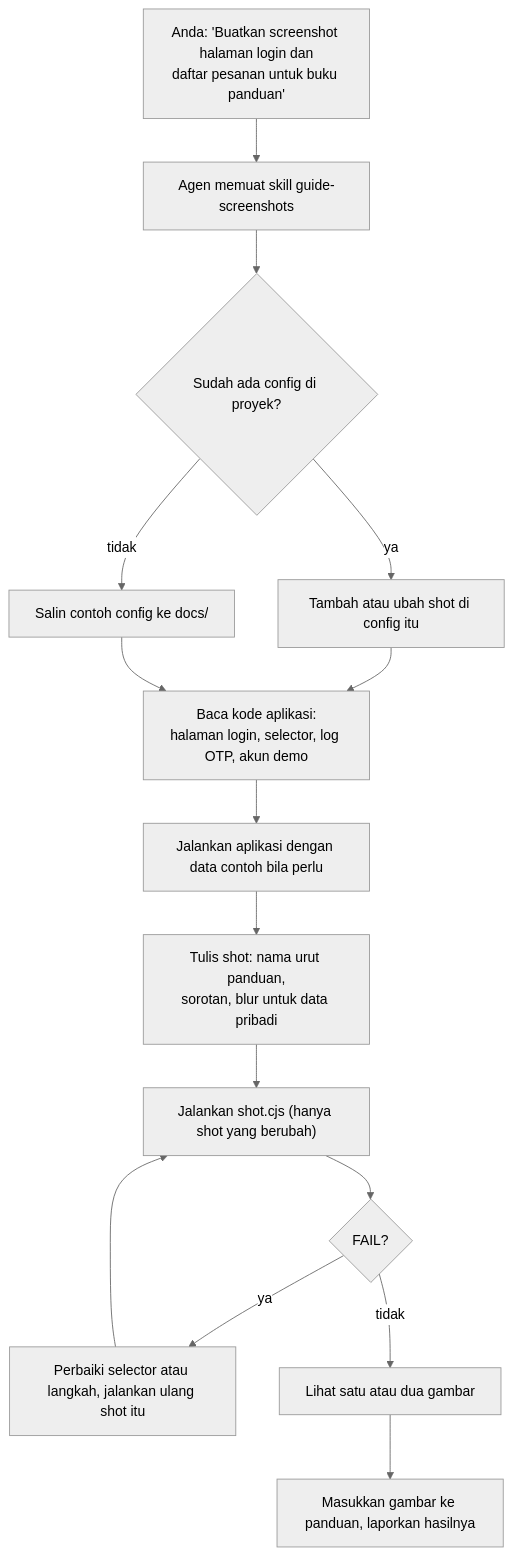
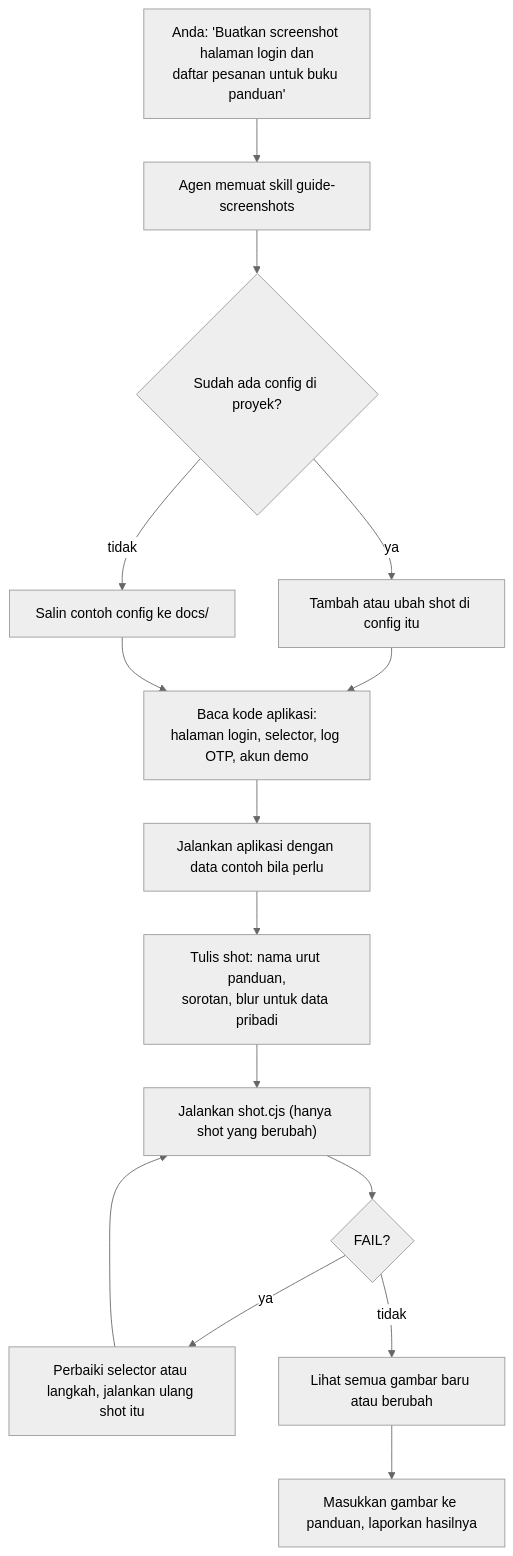
Before and after one commit to karsawave/gushot: the diagram in docs/ai-agents/use-with-ai-agents.id.md, drawn with Mermaid (neutral theme). The commit also changed other lines of this file and 9 other files, not shown here.

Commit message:
Docs: which apps fit, --md and replaceText in READMEs and tutorials, diagram rule

````diff
--- a/docs/ai-agents/use-with-ai-agents.id.md
+++ b/docs/ai-agents/use-with-ai-agents.id.md
@@ -9,17 +9,17 @@
 ```mermaid
 flowchart TD
     A["Anda: 'Buatkan screenshot halaman login dan<br/>daftar pesanan untuk buku panduan'"] --> B[Agen memuat skill guide-screenshots]
     B --> C{Sudah ada config di proyek?}
     C -- ya --> D[Tambah atau ubah shot di config itu]
     C -- tidak --> E[Salin contoh config ke docs/]
     D --> F
     E --> F["Baca kode aplikasi:<br/>halaman login, selector, log OTP, akun demo"]
     F --> G[Jalankan aplikasi dengan data contoh bila perlu]
     G --> H[Tulis shot: nama urut panduan,<br/>sorotan, blur untuk data pribadi]
     H --> I["Jalankan shot.cjs (hanya shot yang berubah)"]
     I --> J{FAIL?}
     J -- ya --> K[Perbaiki selector atau langkah, jalankan ulang shot itu]
     K --> I
-    J -- tidak --> L[Lihat satu atau dua gambar]
+    J -- tidak --> L[Lihat semua gambar baru atau berubah]
     L --> M[Masukkan gambar ke panduan, laporkan hasilnya]
 ```
````
